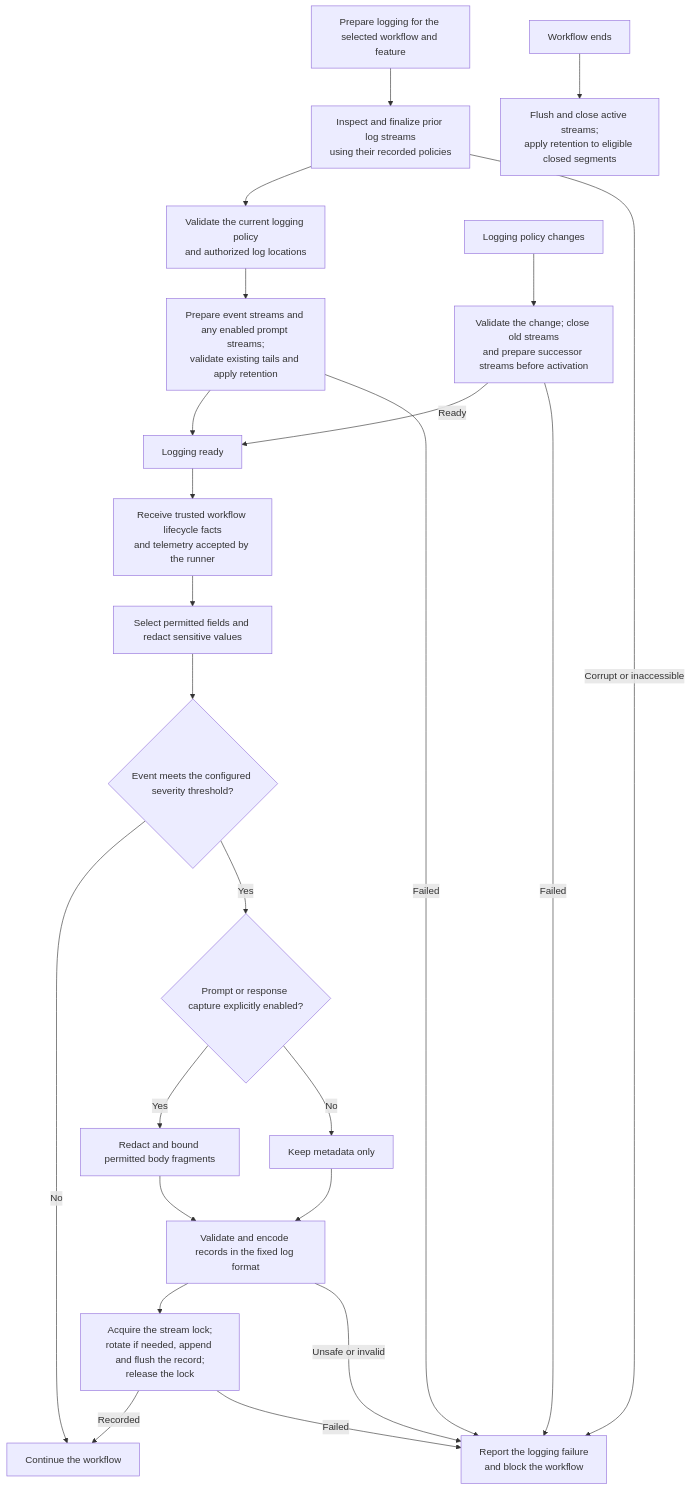
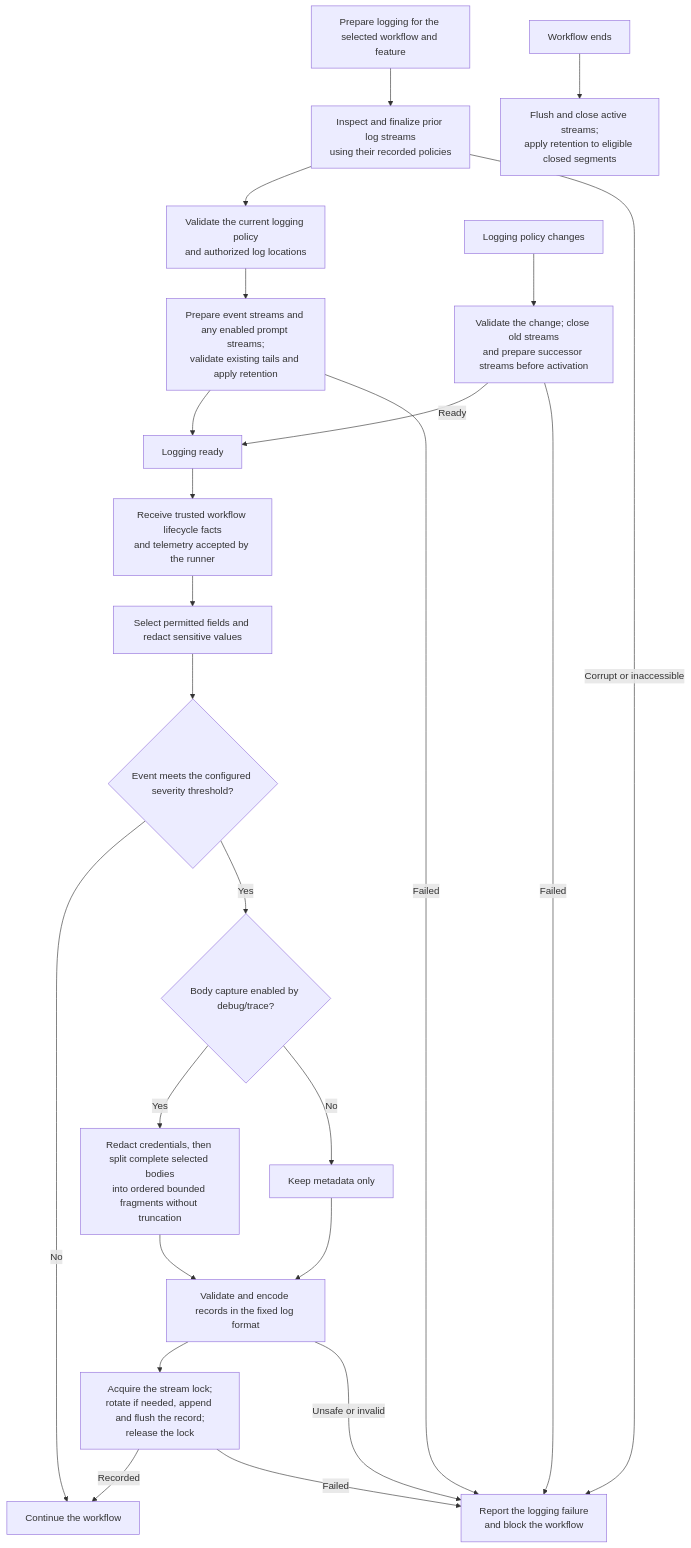
The diagram in design/diagrams/06-feature-logging.md (littledespot/sdde), drawn with Mermaid before and after one commit. The commit also changed other lines of this file and 129 other files, not shown here.

````diff
--- a/design/diagrams/06-feature-logging.md
+++ b/design/diagrams/06-feature-logging.md
@@ -3,28 +3,28 @@
 ```mermaid
 flowchart TD
     START["Prepare logging for the selected workflow and feature"] --> HISTORY["Inspect and finalize prior log streams<br/>using their recorded policies"]
     HISTORY --> POLICY["Validate the current logging policy<br/>and authorized log locations"]
     POLICY --> OPEN["Prepare event streams and any enabled prompt streams;<br/>validate existing tails and apply retention"]
     OPEN --> READY["Logging ready"]
 
     READY --> FACT["Receive trusted workflow lifecycle facts<br/>and telemetry accepted by the runner"]
     FACT --> REDACT["Select permitted fields and redact sensitive values"]
     REDACT --> LEVEL{"Event meets the configured severity threshold?"}
     LEVEL -->|No| CONTINUE["Continue the workflow"]
-    LEVEL -->|Yes| BODY{"Prompt or response capture explicitly enabled?"}
-    BODY -->|Yes| SANITIZE["Redact and bound permitted body fragments"]
+    LEVEL -->|Yes| BODY{"Body capture enabled by debug/trace?"}
+    BODY -->|Yes| SANITIZE["Redact credentials, then split complete selected bodies<br/>into ordered bounded fragments without truncation"]
     BODY -->|No| METADATA["Keep metadata only"]
     SANITIZE --> RECORD["Validate and encode records in the fixed log format"]
     METADATA --> RECORD
     RECORD --> WRITE["Acquire the stream lock;<br/>rotate if needed, append and flush the record;<br/>release the lock"]
     WRITE -->|Recorded| CONTINUE
     WRITE -->|Failed| FAILURE["Report the logging failure<br/>and block the workflow"]
     RECORD -->|Unsafe or invalid| FAILURE
     HISTORY -->|Corrupt or inaccessible| FAILURE
     OPEN -->|Failed| FAILURE
 
     UPDATE["Logging policy changes"] --> SWITCH["Validate the change; close old streams<br/>and prepare successor streams before activation"]
     SWITCH -->|Ready| READY
     SWITCH -->|Failed| FAILURE
     FINISH["Workflow ends"] --> CLOSE["Flush and close active streams;<br/>apply retention to eligible closed segments"]
 ```
````
